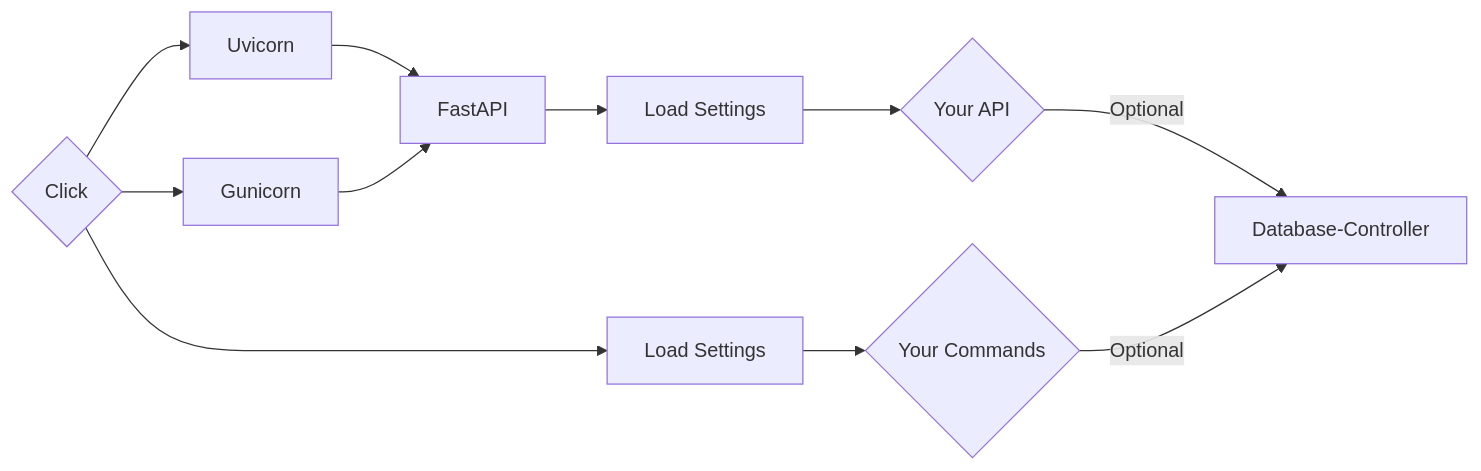
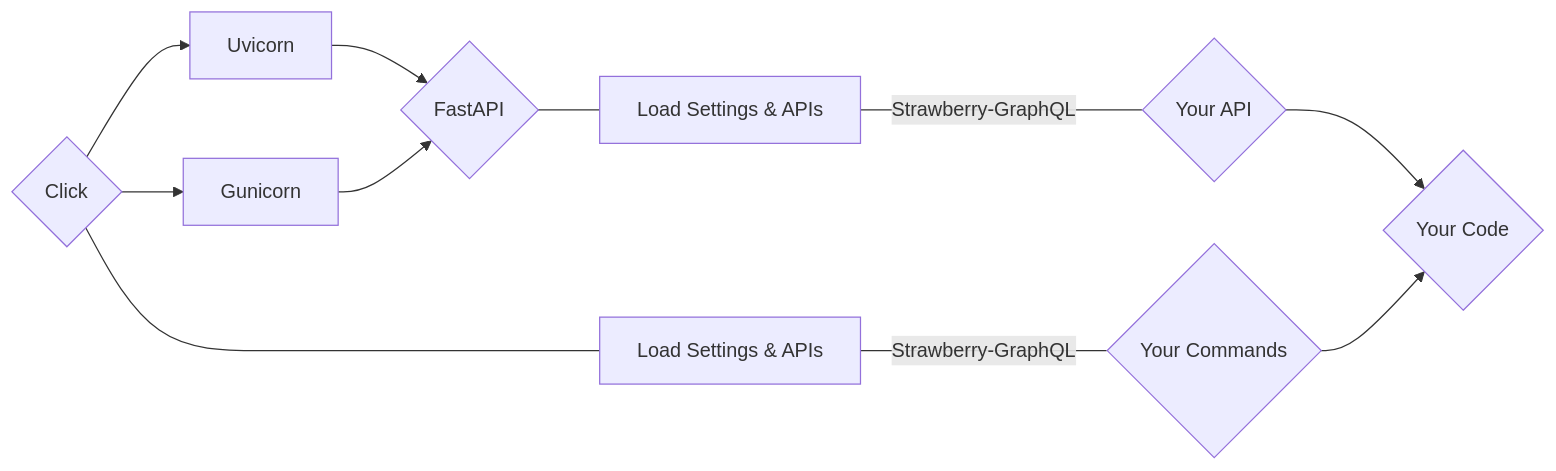
Before and after one commit to hlop3z/fastberry: the diagram in docs/docs/index.md, drawn with Mermaid. The commit also changed other lines of this file and 36 other files, not shown here.

````diff
--- a/docs/docs/index.md
+++ b/docs/docs/index.md
@@ -44,13 +40,13 @@
 ```mermaid
 graph LR;
     A{Click} --> B[Uvicorn];
     A --> C[Gunicorn];
-    A --> D[Load Settings];
-    B --> E[FastAPI];
+    A --- D[Load Settings & APIs];
+    B --> E{FastAPI};
     C --> E;
-    E --> F[Load Settings];
-    D --> G{Your Commands};
-    F --> H{Your API};
-    H --> |Optional| Z[Database-Controller];
-    G --> |Optional| Z;
+    E --- F[Load Settings & APIs];
+    D --- |Strawberry-GraphQL| G{Your Commands};
+    F --- |Strawberry-GraphQL| H{Your API};
+    H --> Z{Your Code};
+    G --> Z;
 ```
````
